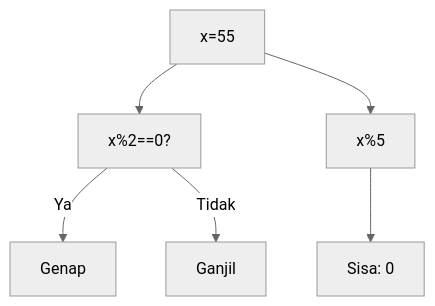
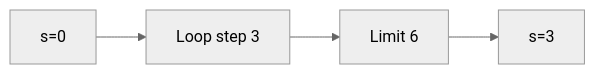
One commit to amnahwaida/OSNK_INF_PREP changed the fifth of 25 diagrams in part-c-pemahaman-cpp/03-perulangan/latihan/set-07.md. Above: the diagram before and after it, drawn with Mermaid (neutral theme). The commit also changed other lines of this file and 71 other files, not shown here.

````diff
--- a/part-c-pemahaman-cpp/03-perulangan/latihan/set-07.md
+++ b/part-c-pemahaman-cpp/03-perulangan/latihan/set-07.md
@@ -148,8 +129,6 @@
 ```mermaid
-graph TD
-A["x=55"] --> B["x%2==0?"]
-B -- Ya --> C["Genap"]
-B -- Tidak --> D["Ganjil"]
-A --> E["x%5"]
-E --> F["Sisa: 0"]
+graph LR
+A["s=0"] --> B["Loop step 3"]
+B --> C["Limit 6"]
+C --> D["s=3"]
 ```
````
